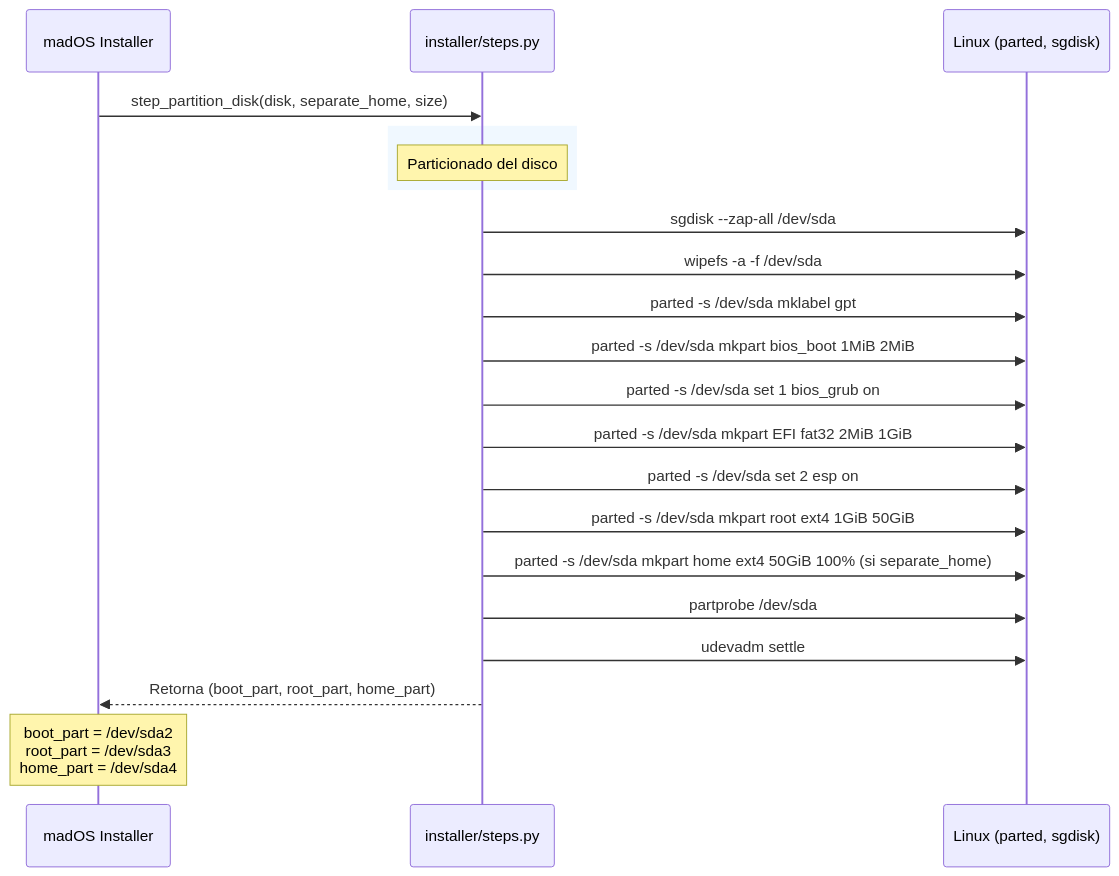
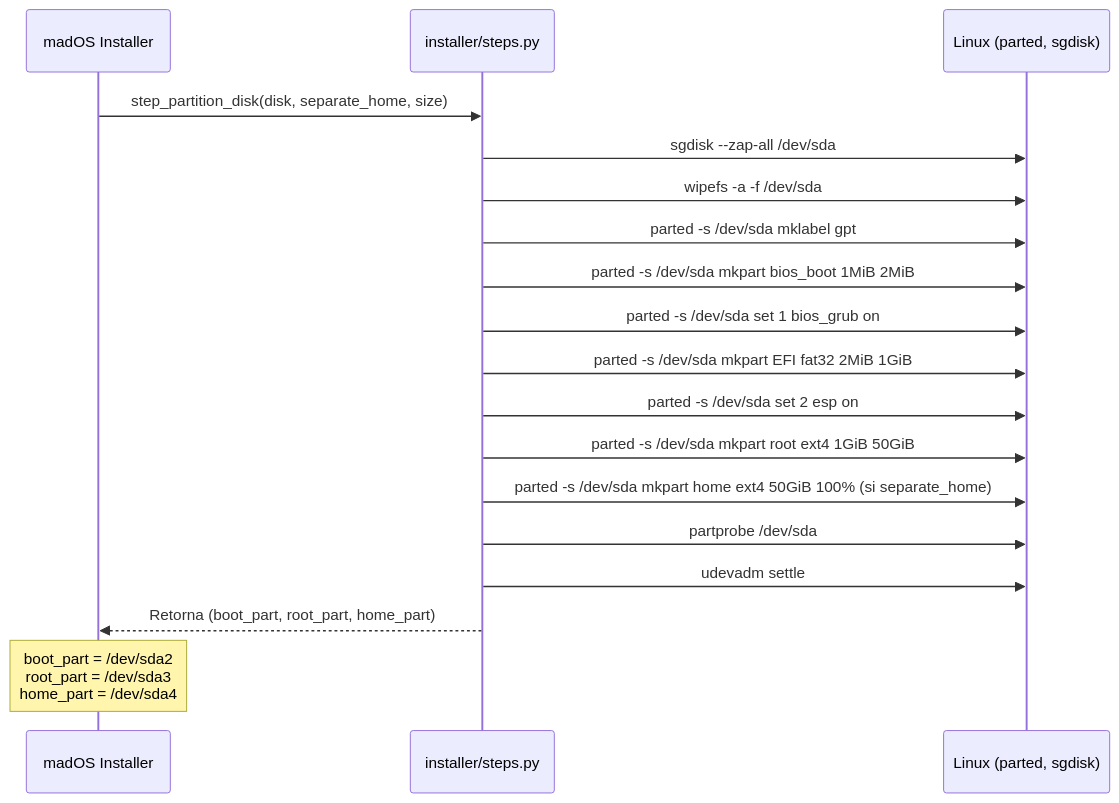
The second of 12 diagrams in INSTALLATION_FLOW.md (madoslinux/mados-installer), drawn with Mermaid before and after one commit. The commit also changed other lines of this file, not shown here.

Commit message:
docs: update installation flow diagrams with detailed GRUB steps

````diff
--- a/INSTALLATION_FLOW.md
+++ b/INSTALLATION_FLOW.md
@@ -29,31 +29,27 @@
 ```mermaid
 sequenceDiagram
     participant App as madOS Installer
     participant Steps as installer/steps.py
     participant System as Linux (parted, sgdisk)
 
     App->>Steps: step_partition_disk(disk, separate_home, size)
-    
-    rect rgb(240, 248, 255)
-        Note over Steps: Particionado del disco
-    end
     
     Steps->>System: sgdisk --zap-all /dev/sda
     Steps->>System: wipefs -a -f /dev/sda
     Steps->>System: parted -s /dev/sda mklabel gpt
     
     Steps->>System: parted -s /dev/sda mkpart bios_boot 1MiB 2MiB
     Steps->>System: parted -s /dev/sda set 1 bios_grub on
     
     Steps->>System: parted -s /dev/sda mkpart EFI fat32 2MiB 1GiB
     Steps->>System: parted -s /dev/sda set 2 esp on
     
     Steps->>System: parted -s /dev/sda mkpart root ext4 1GiB 50GiB
     Steps->>System: parted -s /dev/sda mkpart home ext4 50GiB 100% (si separate_home)
     
     Steps->>System: partprobe /dev/sda
     Steps->>System: udevadm settle
     
     Steps-->>App: Retorna (boot_part, root_part, home_part)
     Note over App: boot_part = /dev/sda2<br/>root_part = /dev/sda3<br/>home_part = /dev/sda4
 ```
````
